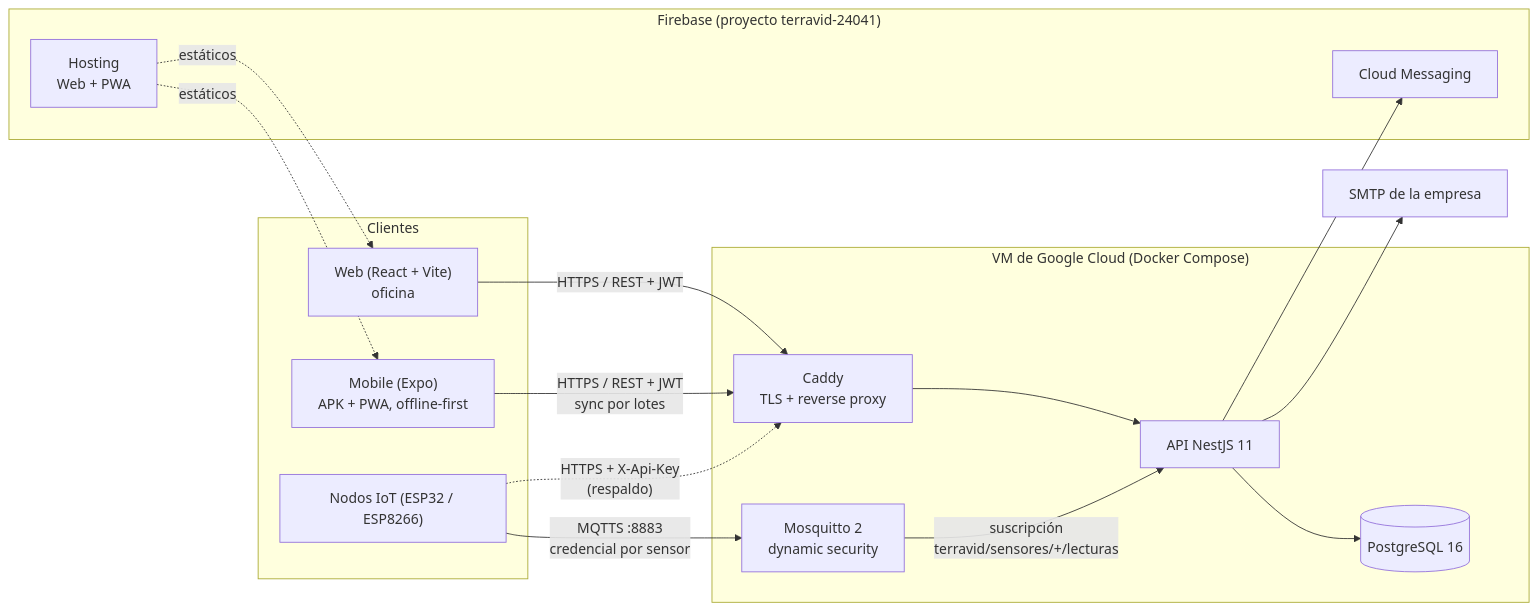
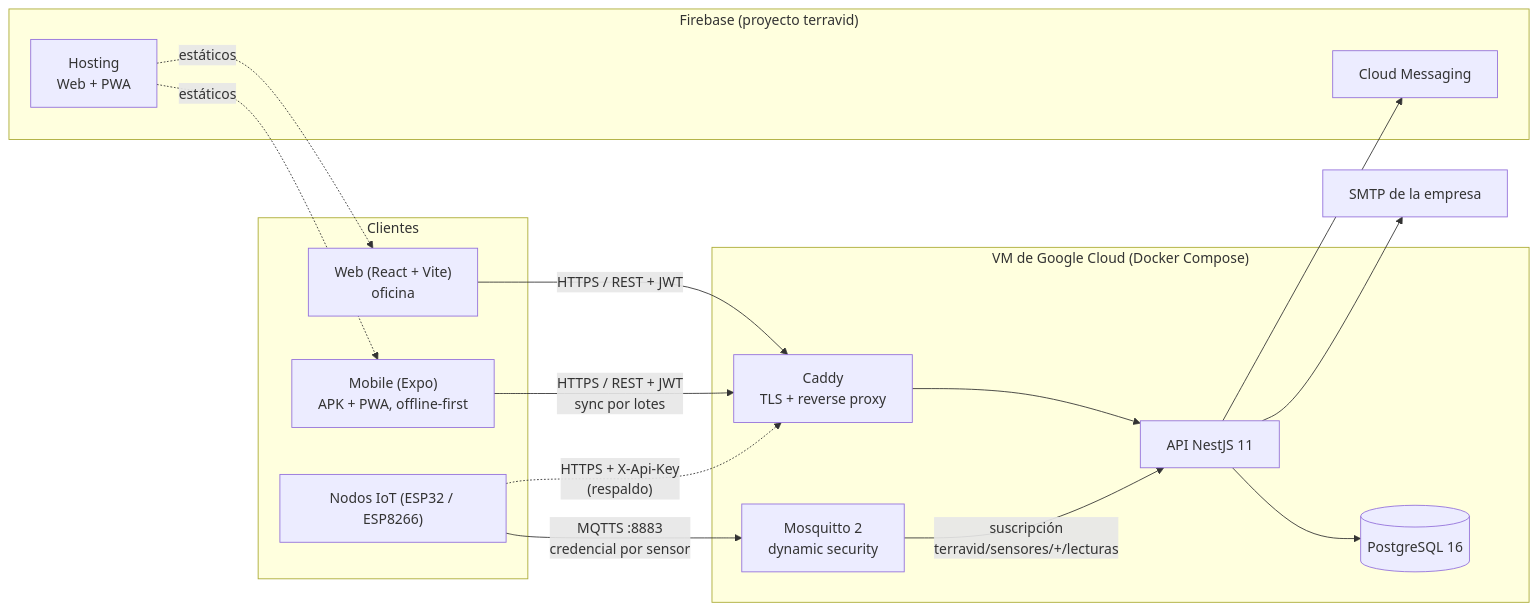
The diagram in docs/ARCHITECTURE.md (TerraVidMza/Backend), drawn with Mermaid before and after one commit. The commit also changed other lines of this file and 10 other files, not shown here.

````diff
--- a/docs/ARCHITECTURE.md
+++ b/docs/ARCHITECTURE.md
@@ -14,34 +14,34 @@
 ```mermaid
 graph LR
   subgraph Clientes
     WEB["Web (React + Vite)<br/>oficina"]
     MOB["Mobile (Expo)<br/>APK + PWA, offline-first"]
     IOT["Nodos IoT (ESP32 / ESP8266)"]
   end
 
-  subgraph FB["Firebase (proyecto terravid-24041)"]
+  subgraph FB["Firebase (proyecto terravid)"]
     HOST["Hosting<br/>Web + PWA"]
     FCM["Cloud Messaging"]
   end
 
   subgraph VM["VM de Google Cloud (Docker Compose)"]
     CADDY["Caddy<br/>TLS + reverse proxy"]
     API["API NestJS 11"]
     MQTT["Mosquitto 2<br/>dynamic security"]
     DB[("PostgreSQL 16")]
   end
 
   SMTP["SMTP de la empresa"]
 
   HOST -. "estáticos" .-> WEB
   HOST -. "estáticos" .-> MOB
   WEB -- "HTTPS / REST + JWT" --> CADDY
   MOB -- "HTTPS / REST + JWT<br/>sync por lotes" --> CADDY
   IOT -- "MQTTS :8883<br/>credencial por sensor" --> MQTT
   IOT -. "HTTPS + X-Api-Key<br/>(respaldo)" .-> CADDY
   CADDY --> API
   MQTT -- "suscripción<br/>terravid/sensores/+/lecturas" --> API
   API --> DB
   API --> FCM
   API --> SMTP
 ```
````
